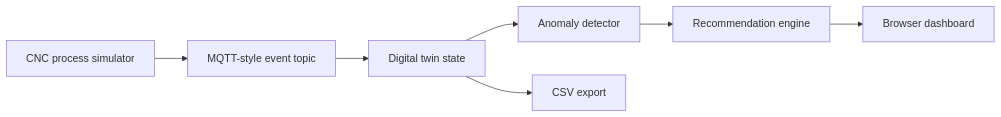
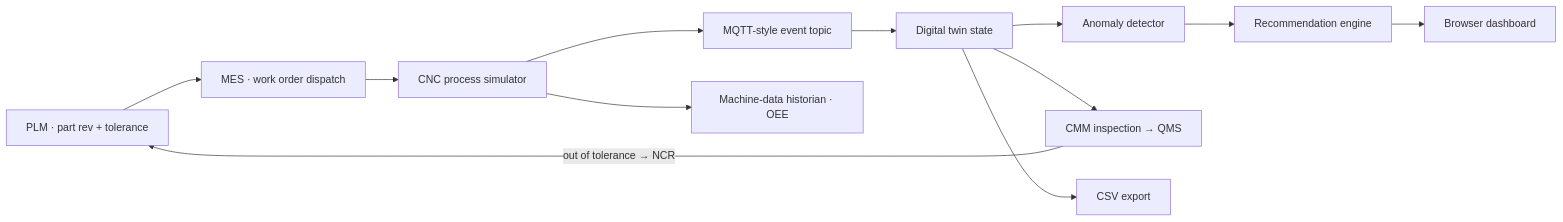
One commit to Seymurhh/mini-manufacturing-digital-twin changed the diagram in README.md. Above: the diagram before and after it, drawn with Mermaid. The commit also changed other lines of this file and 10 other files, not shown here.

````diff
--- a/README.md
+++ b/README.md
@@ -46,9 +47,14 @@
 ```mermaid
 flowchart LR
-    A["CNC process simulator"] --> B["MQTT-style event topic"]
+    P["PLM · part rev + tolerance"] --> M["MES · work order dispatch"]
+    M --> A["CNC process simulator"]
+    A --> B["MQTT-style event topic"]
     B --> C["Digital twin state"]
     C --> D["Anomaly detector"]
     D --> E["Recommendation engine"]
     E --> F["Browser dashboard"]
+    A --> H["Machine-data historian · OEE"]
+    C --> Q["CMM inspection → QMS"]
+    Q -->|out of tolerance → NCR| P
     C --> G["CSV export"]
 ```
````
